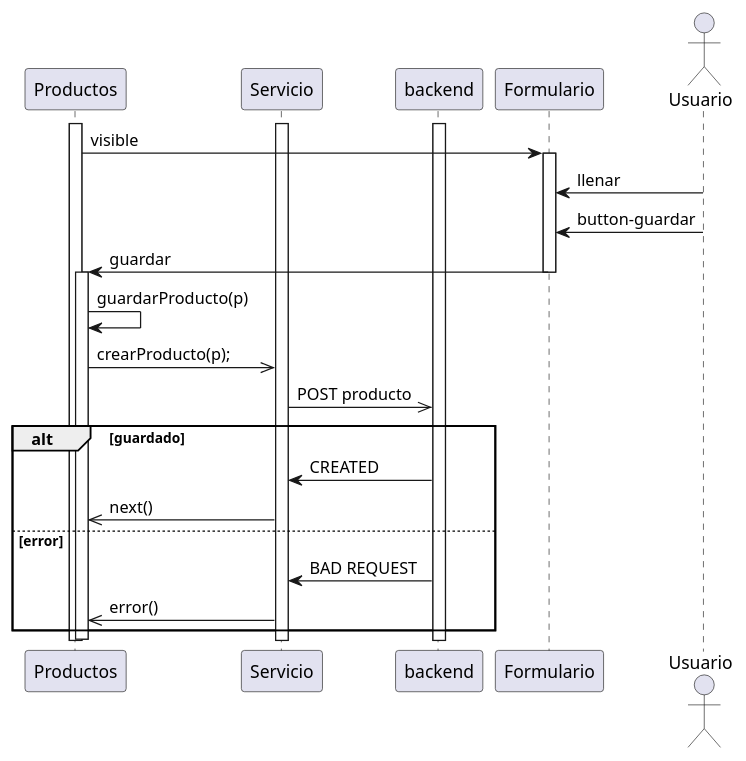
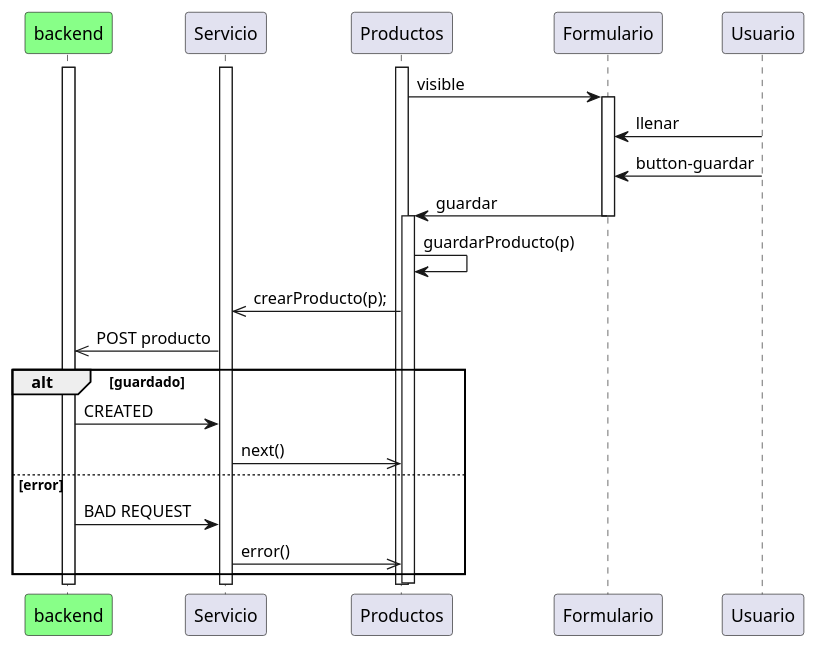
One commit to julioaguilarlania/carrito-angular changed the diagram in diagramas/guardado-producto.plantuml. Above: the diagram before and after it, drawn with PlantUML.

Commit message:
Nuevo diagrama de guardado de productos

```diff
--- a/diagramas/guardado-producto.plantuml
+++ b/diagramas/guardado-producto.plantuml
@@ -1,24 +1,29 @@
 @startuml Creacion Producto
+participant backend order 10 #88FF88
+participant Productos order 20
+participant Servicio order 15
+participant Formulario order 30
+participant Usuario order 40
 activate Productos
 activate Servicio
 activate backend
 Productos -> Formulario : visible
 activate Formulario
 actor Usuario
 Formulario <- Usuario : llenar 
 Formulario <- Usuario : button-guardar
 Formulario -> Productos : guardar
 deactivate Formulario
 activate Productos
 Productos -> Productos : guardarProducto(p)
 Productos ->> Servicio : crearProducto(p);
 Servicio ->> backend : POST producto
 alt guardado
 backend -> Servicio : CREATED
 Servicio ->> Productos : next()
 else error
 backend -> Servicio : BAD REQUEST
 Servicio ->> Productos : error()
 end
 deactivate Productos
 @enduml
```
